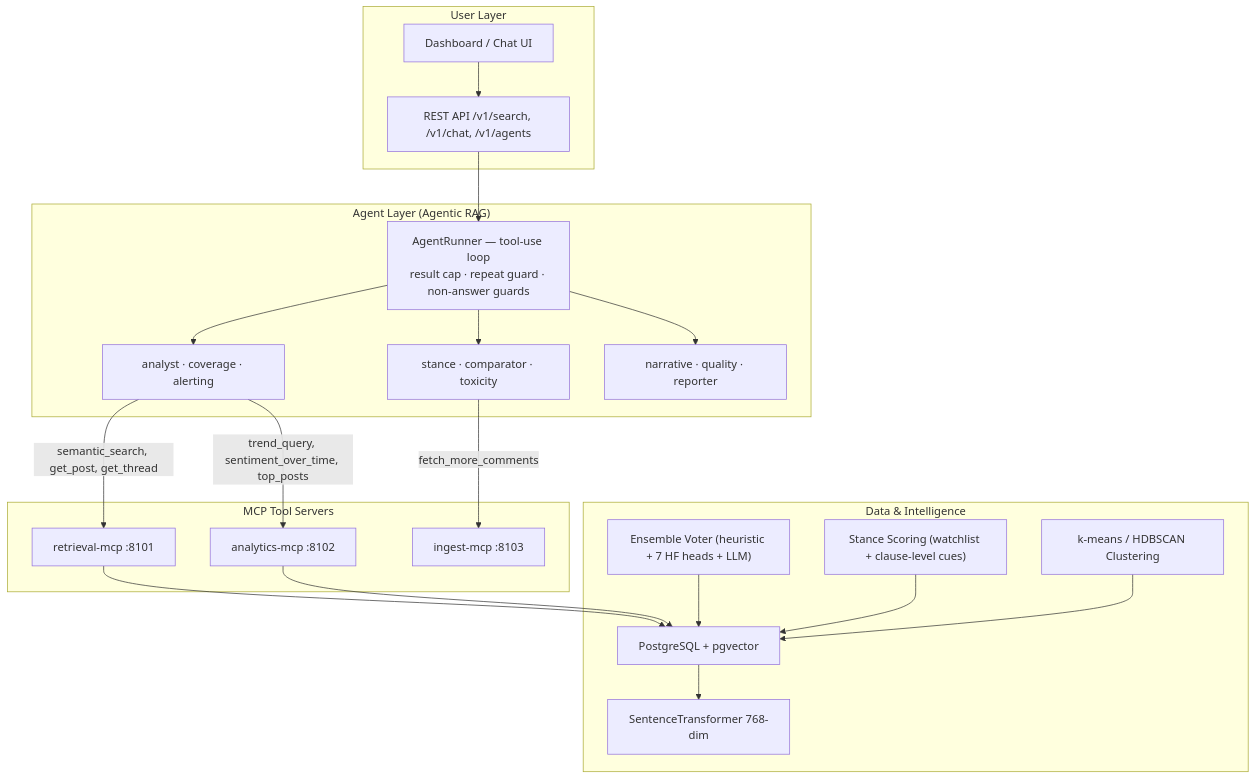
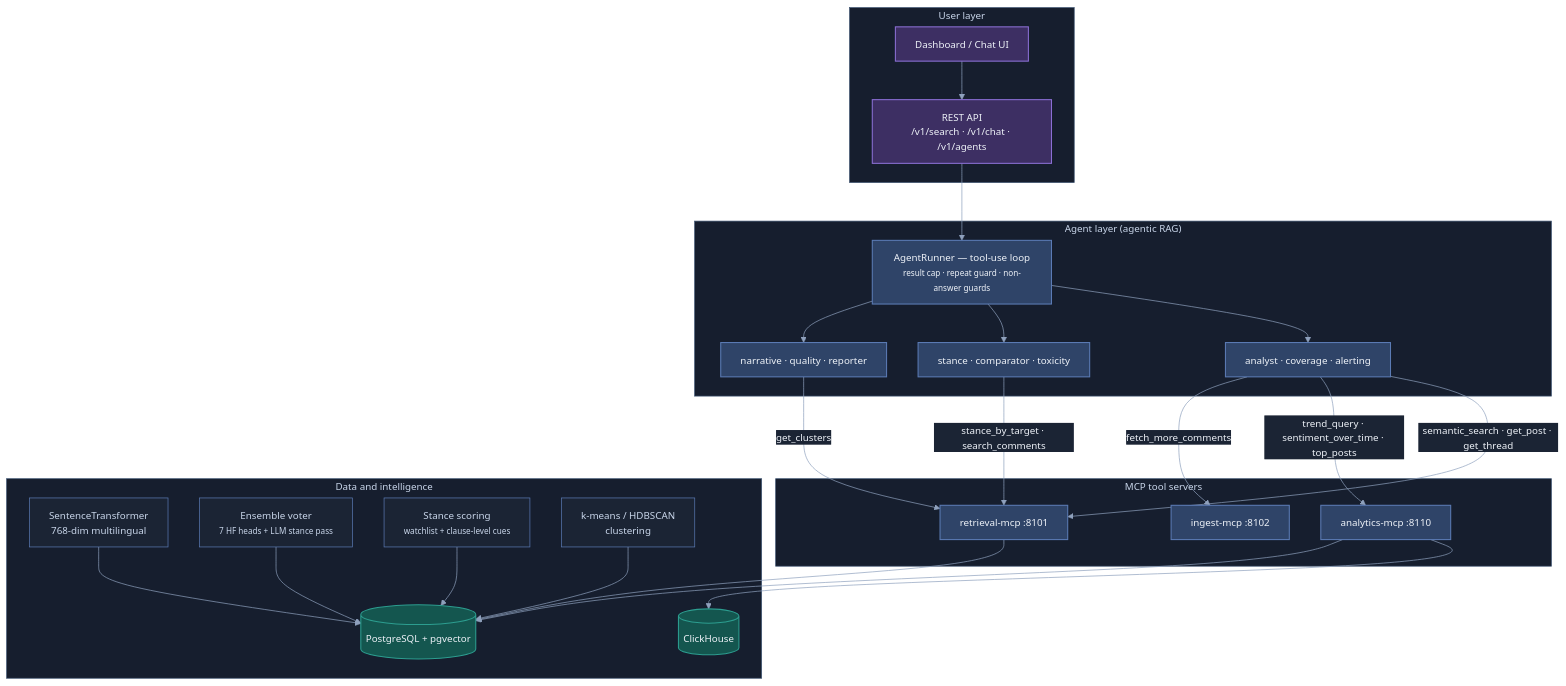
One commit to Bishwajit-2810/Defense changed the diagram in docs/AGENTIC_RAG_NOVELTY.md. Above: the diagram before and after it, drawn with Mermaid. The commit also changed 14 other files, not shown here.

Commit message:
marmaid data diagram

````diff
--- a/docs/AGENTIC_RAG_NOVELTY.md
+++ b/docs/AGENTIC_RAG_NOVELTY.md
@@ -11,41 +11,60 @@
 ```mermaid
+%%{init: {'theme':'base','themeVariables':{'fontFamily':'ui-sans-serif, system-ui, -apple-system, Roboto, Helvetica, Arial, sans-serif','fontSize':'14px','primaryColor':'#2f4468','primaryTextColor':'#eef2f8','primaryBorderColor':'#5b7bb5','secondaryColor':'#14564f','secondaryTextColor':'#eef2f8','secondaryBorderColor':'#2c9d8f','tertiaryColor':'#3d2f63','tertiaryTextColor':'#eef2f8','tertiaryBorderColor':'#8b6fd4','mainBkg':'#2f4468','nodeBorder':'#5b7bb5','nodeTextColor':'#eef2f8','lineColor':'#8fa1bd','textColor':'#eef2f8','titleColor':'#c9d6ea','clusterBkg':'#161e2e','clusterBorder':'#3f5573','edgeLabelBackground':'#1b2434','background':'transparent'}, 'flowchart':{'curve':'basis','padding':14,'nodeSpacing':45,'rankSpacing':55,'useMaxWidth':true}}}%%
 graph TB
-    subgraph "User Layer"
+    subgraph user["User layer"]
         UI["Dashboard / Chat UI"]
-        API["REST API /v1/search, /v1/chat, /v1/agents"]
+        API["REST API<br/>/v1/search · /v1/chat · /v1/agents"]
     end
 
-    subgraph "Agent Layer (Agentic RAG)"
-        Runner["AgentRunner — tool-use loop<br/>result cap · repeat guard · non-answer guards"]
-        Analyst["analyst · coverage · alerting"]
-        Coverage["stance · comparator · toxicity"]
-        Alerting["narrative · quality · reporter"]
+    subgraph agent["Agent layer (agentic RAG)"]
+        Runner["AgentRunner — tool-use loop<br/><small>result cap · repeat guard · non-answer guards</small>"]
+        G1["analyst · coverage · alerting"]
+        G2["stance · comparator · toxicity"]
+        G3["narrative · quality · reporter"]
     end
 
-    subgraph "MCP Tool Servers"
+    subgraph mcp["MCP tool servers"]
         RetMCP["retrieval-mcp :8101"]
-        AnaMCP["analytics-mcp :8102"]
-        IngMCP["ingest-mcp :8103"]
+        AnaMCP["analytics-mcp :8110"]
+        IngMCP["ingest-mcp :8102"]
     end
 
-    subgraph "Data & Intelligence"
-        PG["PostgreSQL + pgvector"]
-        Embed["SentenceTransformer 768-dim"]
-        Ensemble["Ensemble Voter (heuristic + 7 HF heads + LLM)"]
-        Stance["Stance Scoring (watchlist + clause-level cues)"]
-        Cluster["k-means / HDBSCAN Clustering"]
+    subgraph data["Data and intelligence"]
+        PG[("PostgreSQL + pgvector")]
+        CH[("ClickHouse")]
+        Embed["SentenceTransformer<br/>768-dim multilingual"]
+        Ensemble["Ensemble voter<br/><small>7 HF heads + LLM stance pass</small>"]
+        Stance["Stance scoring<br/><small>watchlist + clause-level cues</small>"]
+        Cluster["k-means / HDBSCAN<br/>clustering"]
     end
 
     UI --> API
     API --> Runner
-    Runner --> Analyst & Coverage & Alerting
-    Analyst -- "semantic_search, get_post, get_thread" --> RetMCP
-    Analyst -- "trend_query, sentiment_over_time, top_posts" --> AnaMCP
-    Coverage -- "fetch_more_comments" --> IngMCP
+    Runner --> G1
+    Runner --> G2
+    Runner --> G3
+    G1 -- "semantic_search · get_post · get_thread" --> RetMCP
+    G1 -- "trend_query · sentiment_over_time · top_posts" --> AnaMCP
+    G2 -- "stance_by_target · search_comments" --> RetMCP
+    G3 -- "get_clusters" --> RetMCP
+    G1 -- "fetch_more_comments" --> IngMCP
     RetMCP --> PG
+    AnaMCP --> CH
     AnaMCP --> PG
-    PG --> Embed
+    Embed --> PG
     Ensemble --> PG
     Stance --> PG
     Cluster --> PG
+
+    classDef entry fill:#3d2f63,stroke:#8b6fd4,stroke-width:1.5px,color:#eef2f8
+    classDef svc fill:#2f4468,stroke:#5b7bb5,stroke-width:1.5px,color:#eef2f8
+    classDef store fill:#14564f,stroke:#2c9d8f,stroke-width:1.5px,color:#eef2f8
+    classDef tool fill:#1b2434,stroke:#5b7bb5,stroke-width:1px,color:#c9d6ea
+    classDef obs fill:#5a3410,stroke:#c9772e,stroke-width:1.5px,color:#f6e6d5
+
+    class UI,API entry
+    class Runner,G1,G2,G3 svc
+    class RetMCP,AnaMCP,IngMCP svc
+    class PG,CH store
+    class Embed,Ensemble,Stance,Cluster tool
 ```
````
